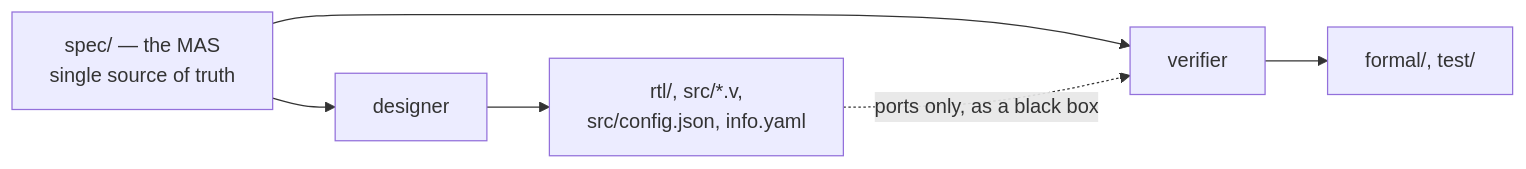
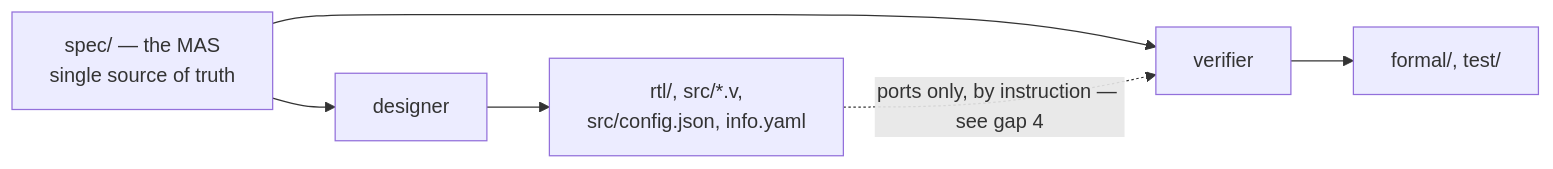
Before and after one commit to rechefe/golem: the fifth of 7 diagrams in agents/README.md, drawn with Mermaid. The commit also changed other lines of this file, not shown here.

````diff
--- a/agents/README.md
+++ b/agents/README.md
@@ -126,9 +143,9 @@
 ```mermaid
 flowchart LR
     spec["spec/ — the MAS<br/>single source of truth"]
     spec --> d["designer"]
     spec --> v["verifier"]
     d --> dl["rtl/, src/*.v,<br/>src/config.json, info.yaml"]
     v --> vl["formal/, test/"]
-    dl -. "ports only, as a black box" .-> v
+    dl -. "ports only, by instruction — see gap 4" .-> v
 ```
````
